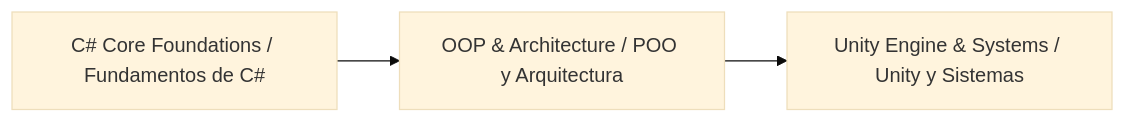
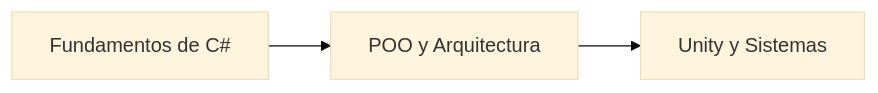
Before and after one commit to alanfabzlab/Developer-Knowledge-Base: the diagram in 🟣 CSharp/README-ES.md, drawn with Mermaid (base theme). The commit also changed other lines of this file and 9 other files, not shown here.

````diff
--- a/🟣 CSharp/README-ES.md
+++ b/🟣 CSharp/README-ES.md
@@ -87,9 +68,9 @@
 ```mermaid
 flowchart LR
-    A[C# Core Foundations / Fundamentos de C#] --> B[OOP & Architecture / POO y Arquitectura]
-    B --> C[Unity Engine & Systems / Unity y Sistemas]
+    A[Fundamentos de C#] --> B[POO y Arquitectura]
+    B --> C[Unity y Sistemas]
 
-    click A "#" "Data types, control flow, methods & memory / Tipos de datos, control de flujo, métodos y memoria"
-    click B "#" "Classes, inheritance, LINQ & interfaces / Clases, herencia, LINQ e interfaces"
-    click C "#" "MonoBehaviour lifecycle & ScriptableObjects / Ciclo de vida de MonoBehaviour y ScriptableObjects"
+    click A "#" "Tipos de datos, control de flujo, métodos y memoria"
+    click B "#" "Clases, herencia, LINQ e interfaces"
+    click C "#" "Ciclo de vida de MonoBehaviour y ScriptableObjects"
 ```
````
